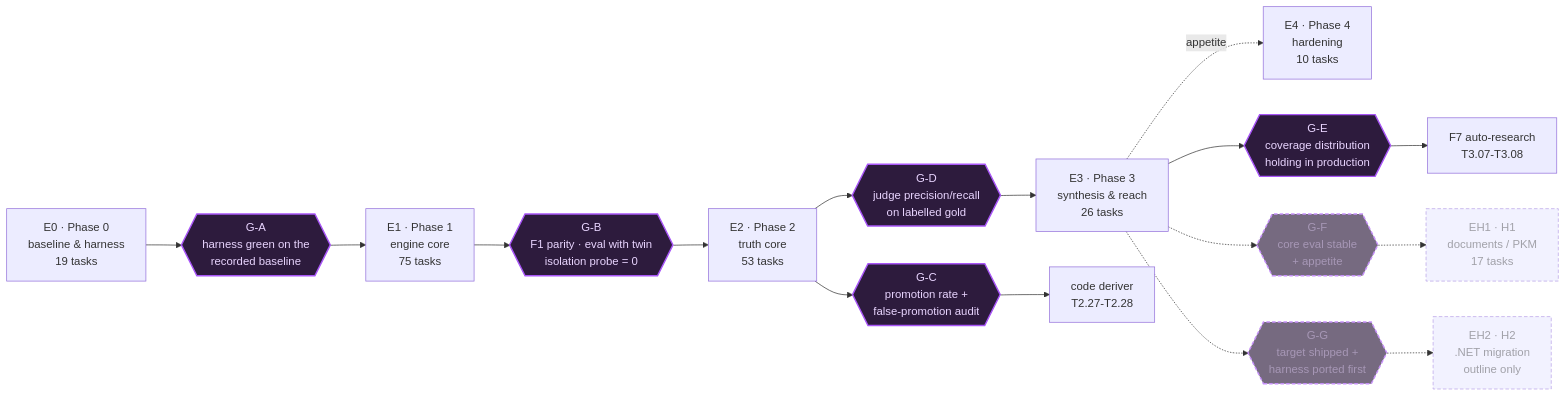
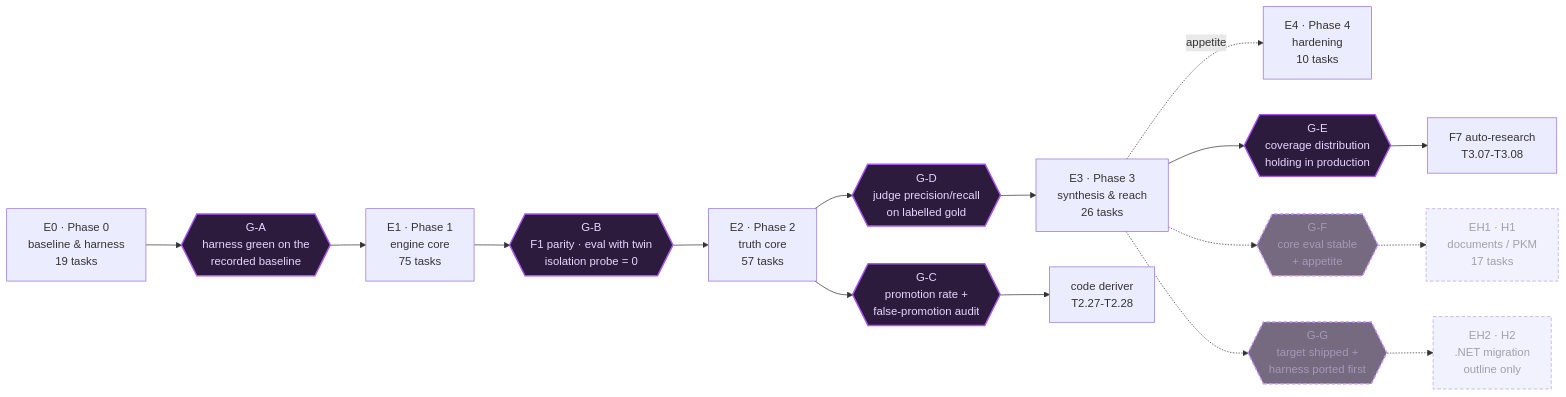
One commit to darkraise/darkmem changed the first of 7 diagrams in docs/planning/risks-and-lanes.md. Above: the diagram before and after it, drawn with Mermaid. The commit also changed other lines of this file and 12 other files, not shown here.

````diff
--- a/docs/planning/risks-and-lanes.md
+++ b/docs/planning/risks-and-lanes.md
@@ -149,30 +159,30 @@
 ```mermaid
 flowchart LR
     E0["E0 · Phase 0<br/>baseline & harness<br/>19 tasks"]
     E1["E1 · Phase 1<br/>engine core<br/>75 tasks"]
-    E2["E2 · Phase 2<br/>truth core<br/>53 tasks"]
+    E2["E2 · Phase 2<br/>truth core<br/>57 tasks"]
     E3["E3 · Phase 3<br/>synthesis & reach<br/>26 tasks"]
     E4["E4 · Phase 4<br/>hardening<br/>10 tasks"]
     EH1["EH1 · H1<br/>documents / PKM<br/>17 tasks"]
     EH2["EH2 · H2<br/>.NET migration<br/>outline only"]
     GA{{"G-A<br/>harness green on the<br/>recorded baseline"}}
     GB{{"G-B<br/>F1 parity · eval with twin<br/>isolation probe = 0"}}
     GC{{"G-C<br/>promotion rate +<br/>false-promotion audit"}}
     GD{{"G-D<br/>judge precision/recall<br/>on labelled gold"}}
     GE{{"G-E<br/>coverage distribution<br/>holding in production"}}
     GF{{"G-F<br/>core eval stable<br/>+ appetite"}}
     GG{{"G-G<br/>target shipped +<br/>harness ported first"}}
     DER["code deriver<br/>T2.27-T2.28"]
     F7["F7 auto-research<br/>T3.07-T3.08"]
     E0 --> GA --> E1 --> GB --> E2
     E2 --> GC --> DER
     E2 --> GD --> E3
     E3 --> GE --> F7
     E3 -.->|appetite| E4
     E3 -.-> GF -.-> EH1
     E3 -.-> GG -.-> EH2
     classDef gate fill:#2d1b3d,stroke:#a855f7,stroke-width:2px,color:#e9d5ff
     classDef horizon stroke-dasharray:5 3,opacity:0.65
     class GA,GB,GC,GD,GE,GF,GG gate
     class EH1,EH2,GF,GG horizon
 ```
````
